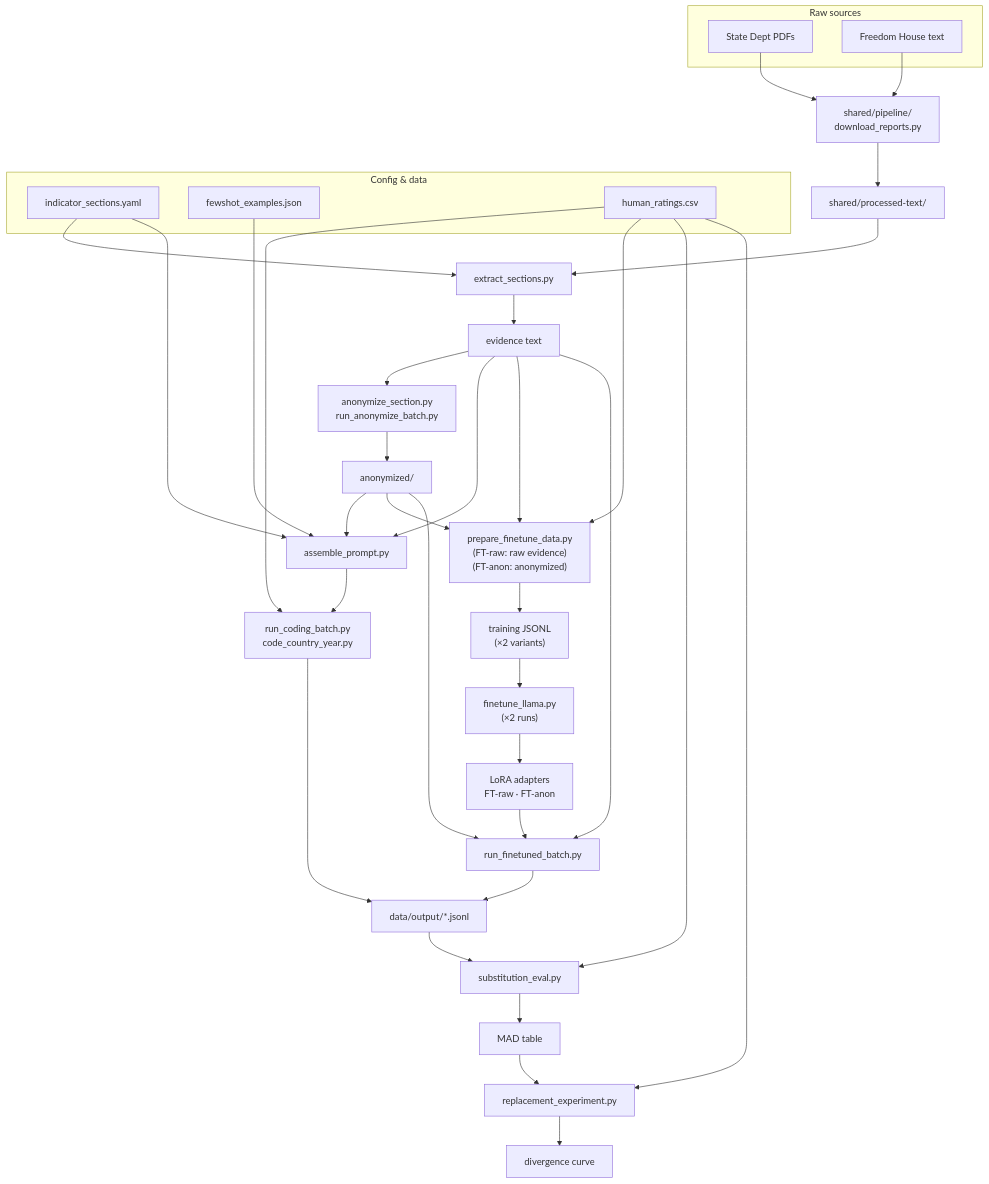
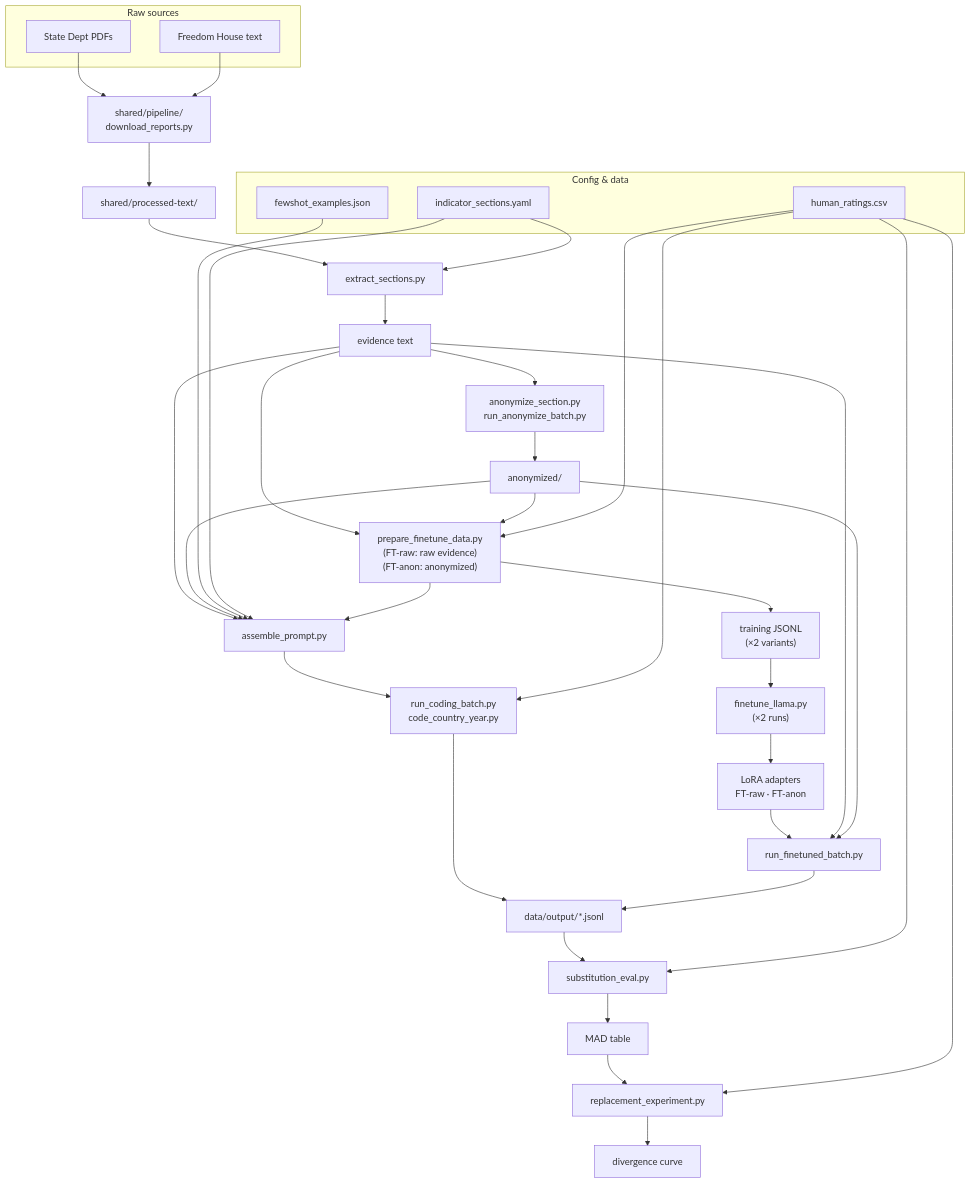
The diagram in docs/architecture.md (vdem-agents/panel-member), drawn with Mermaid before and after one commit. The commit also changed other lines of this file and 4 other files, not shown here.

````diff
--- a/docs/architecture.md
+++ b/docs/architecture.md
@@ -5,50 +5,51 @@
 ```mermaid
 flowchart TD
     subgraph SRC["Raw sources"]
         SD["State Dept PDFs"]
         FH["Freedom House text"]
     end
 
     subgraph CFG["Config & data"]
         YAML["indicator_sections.yaml"]
         FEW["fewshot_examples.json"]
         HR["human_ratings.csv"]
     end
 
     SD --> DL["shared/pipeline/\ndownload_reports.py"]
     FH --> DL
     DL --> PT["shared/processed-text/"]
 
     PT --> EX["extract_sections.py"]
     YAML --> EX
     EX --> EV["evidence text"]
 
     EV --> AN["anonymize_section.py\nrun_anonymize_batch.py"]
     AN --> AV["anonymized/"]
 
     EV --> AP["assemble_prompt.py"]
     AV --> AP
     FEW --> AP
     YAML --> AP
     AP --> CCY["run_coding_batch.py\ncode_country_year.py"]
     HR --> CCY
     CCY --> OUT["data/output/*.jsonl"]
 
     EV --> PF["prepare_finetune_data.py\n(FT-raw: raw evidence)\n(FT-anon: anonymized)"]
     AV --> PF
     HR --> PF
+    PF --> AP
     PF --> TJ["training JSONL\n(×2 variants)"]
     TJ --> FT["finetune_llama.py\n(×2 runs)"]
     FT --> AD["LoRA adapters\nFT-raw · FT-anon"]
     AD --> RFB["run_finetuned_batch.py"]
     EV --> RFB
     AV --> RFB
     RFB --> OUT
 
     OUT --> SE["substitution_eval.py"]
     HR --> SE
     SE --> MAD["MAD table"]
     MAD --> RE["replacement_experiment.py"]
     HR --> RE
     RE --> DIV["divergence curve"]
 ```
````
